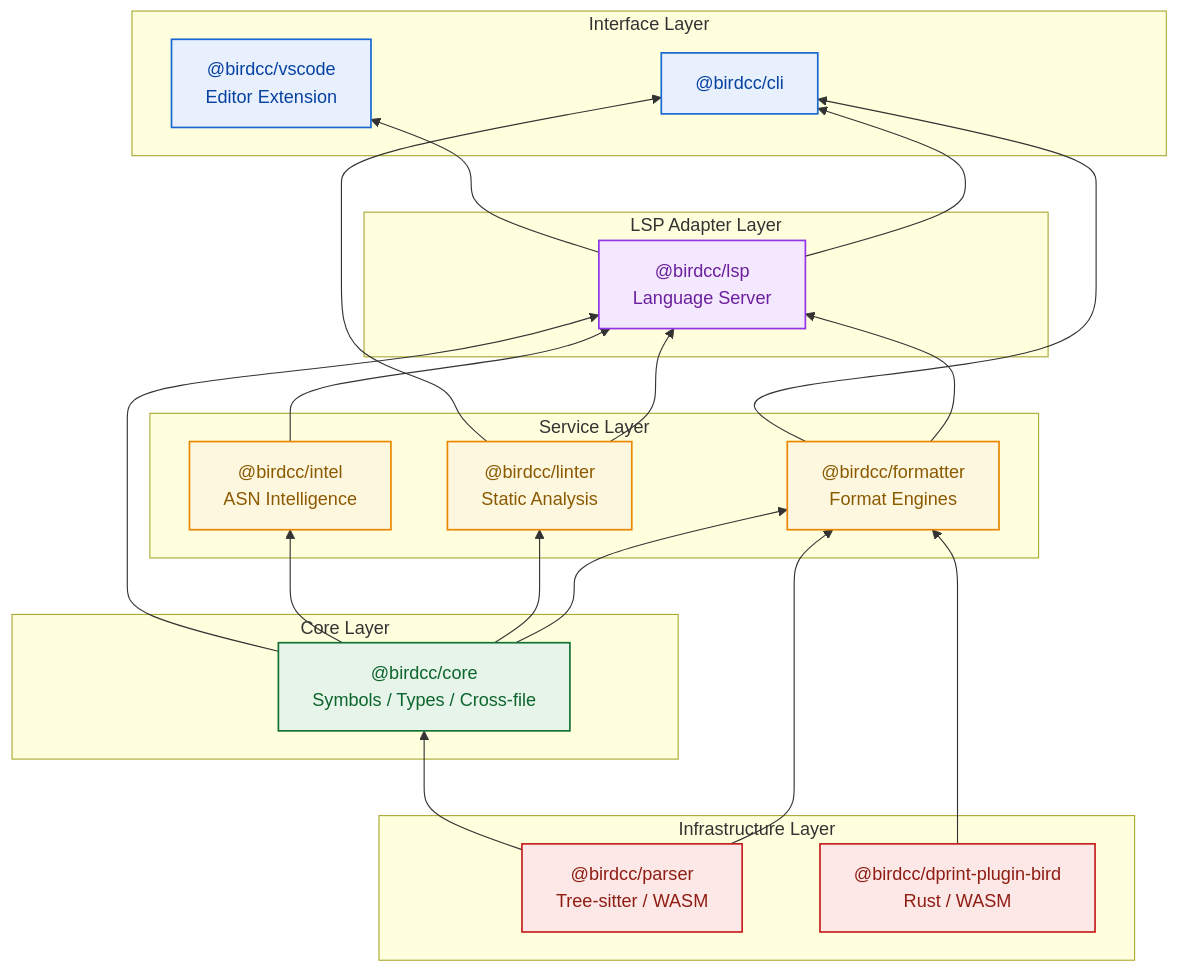
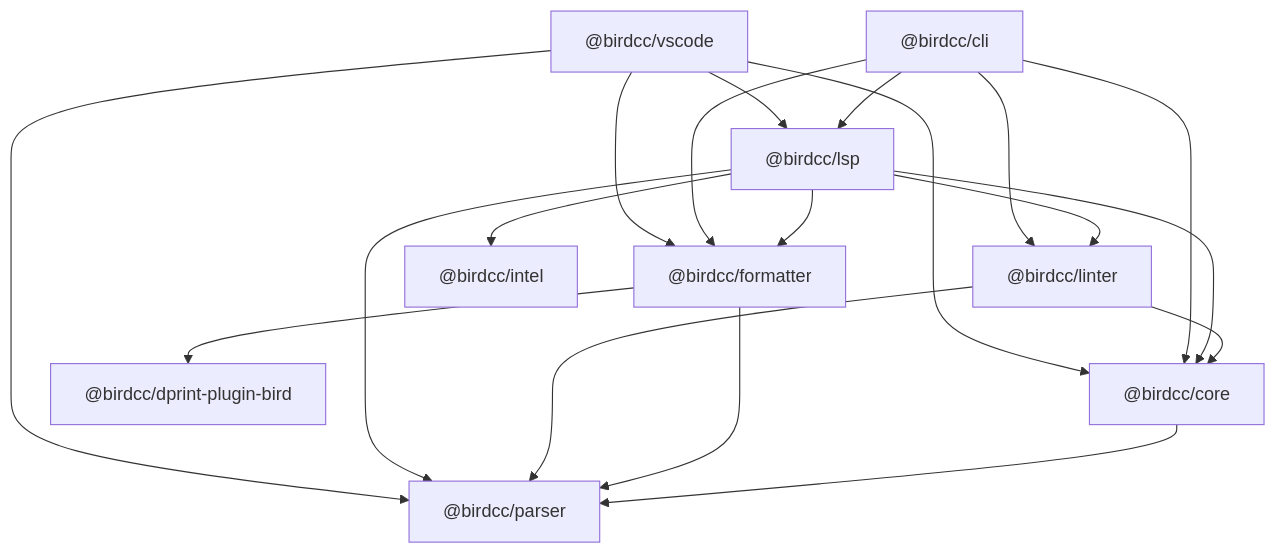
One commit to bird-chinese-community/BIRD-LSP changed the diagram in README.md. Above: the diagram before and after it, drawn with Mermaid. The commit also changed other lines of this file and 20 other files, not shown here.

````diff
--- a/README.md
+++ b/README.md
@@ -157,53 +79,31 @@
 ```mermaid
-flowchart BT
-    classDef infra fill:#fce8e6,stroke:#c5221f,stroke-width:1.5px,color:#8f1d14
-    classDef core fill:#e6f4ea,stroke:#137333,stroke-width:1.5px,color:#0d652d
-    classDef service fill:#fef7e0,stroke:#ea8600,stroke-width:1.5px,color:#8a5a00
-    classDef adapter fill:#f3e8fd,stroke:#9334e6,stroke-width:1.5px,color:#6c1f9e
-    classDef ui fill:#e8f0fe,stroke:#1967d2,stroke-width:1.5px,color:#0842a0
+flowchart TD
+    VSCODE["@birdcc/vscode"]
+    CLI["@birdcc/cli"]
+    LSP["@birdcc/lsp"]
+    LINTER["@birdcc/linter"]
+    FORMATTER["@birdcc/formatter"]
+    INTEL["@birdcc/intel"]
+    CORE["@birdcc/core"]
+    DPRINT["@birdcc/dprint-plugin-bird"]
+    PARSER["@birdcc/parser"]
 
-    subgraph infra [Infrastructure Layer]
-        PARSER["@birdcc/parser<br/>Tree-sitter / WASM"]
-        DPRINT["@birdcc/dprint-plugin-bird<br/>Rust / WASM"]
-    end
-
-    subgraph core [Core Layer]
-        CORE["@birdcc/core<br/>Symbols / Types / Cross-file"]
-    end
-
-    subgraph service [Service Layer]
-        LINTER["@birdcc/linter<br/>Static Analysis"]
-        FORMATTER["@birdcc/formatter<br/>Format Engines"]
-        INTEL["@birdcc/intel<br/>ASN Intelligence"]
-    end
-
-    subgraph adapter [LSP Adapter Layer]
-        LSP_SERVER["@birdcc/lsp<br/>Language Server"]
-    end
-
-    subgraph ui [Interface Layer]
-        CLI["@birdcc/cli"]
-        VSCODE["@birdcc/vscode<br/>Editor Extension"]
-    end
-
-    DPRINT --> FORMATTER
-    PARSER --> FORMATTER
-    PARSER --> CORE
-    CORE --> FORMATTER
-    CORE --> LINTER
-    CORE --> INTEL
-    CORE --> LSP_SERVER
-    LINTER --> LSP_SERVER
-    FORMATTER --> LSP_SERVER
-    INTEL --> LSP_SERVER
-    LSP_SERVER --> CLI
-    LSP_SERVER --> VSCODE
-    LINTER --> CLI
-    FORMATTER --> CLI
-
-    class PARSER,DPRINT infra
-    class CORE core
-    class LINTER,FORMATTER,INTEL service
-    class LSP_SERVER adapter
-    class CLI,VSCODE ui
+    VSCODE --> LSP
+    VSCODE --> FORMATTER
+    VSCODE --> CORE
+    VSCODE --> PARSER
+    CLI --> LSP
+    CLI --> LINTER
+    CLI --> FORMATTER
+    CLI --> CORE
+    LSP --> LINTER
+    LSP --> FORMATTER
+    LSP --> INTEL
+    LSP --> CORE
+    LSP --> PARSER
+    LINTER --> CORE
+    LINTER --> PARSER
+    FORMATTER --> DPRINT
+    FORMATTER --> PARSER
+    CORE --> PARSER
 ```
````
